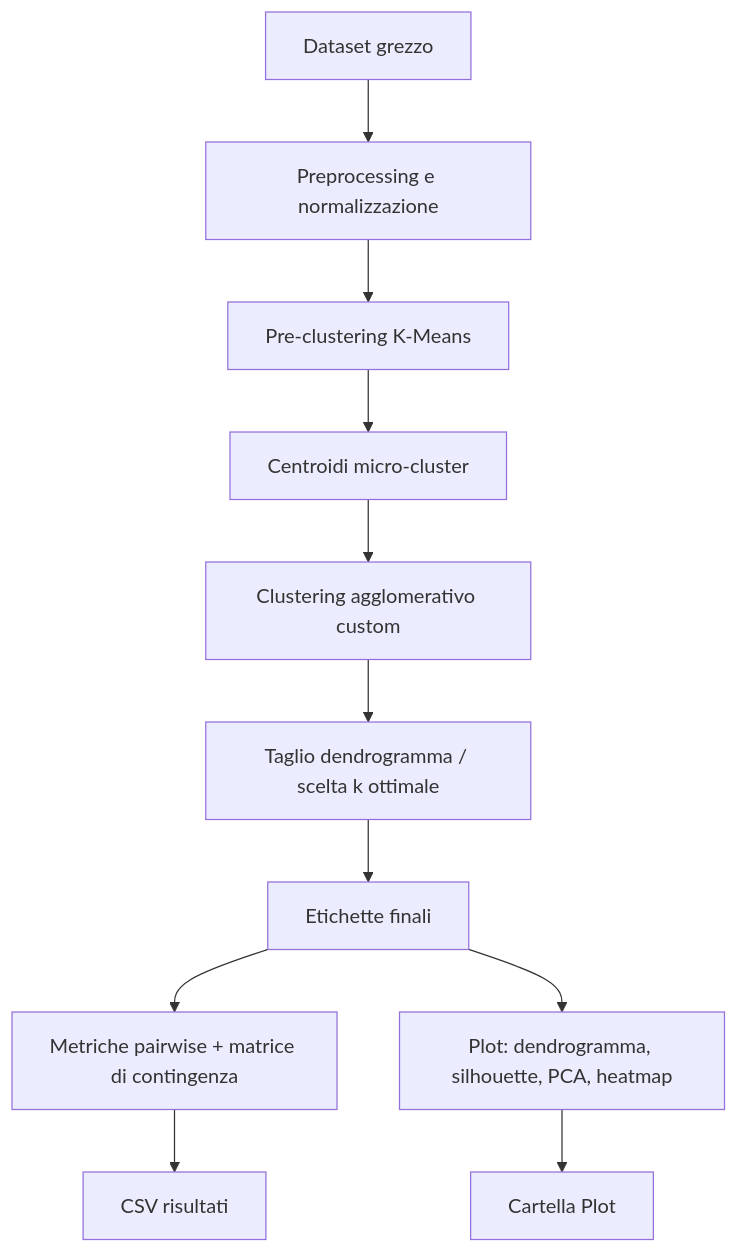
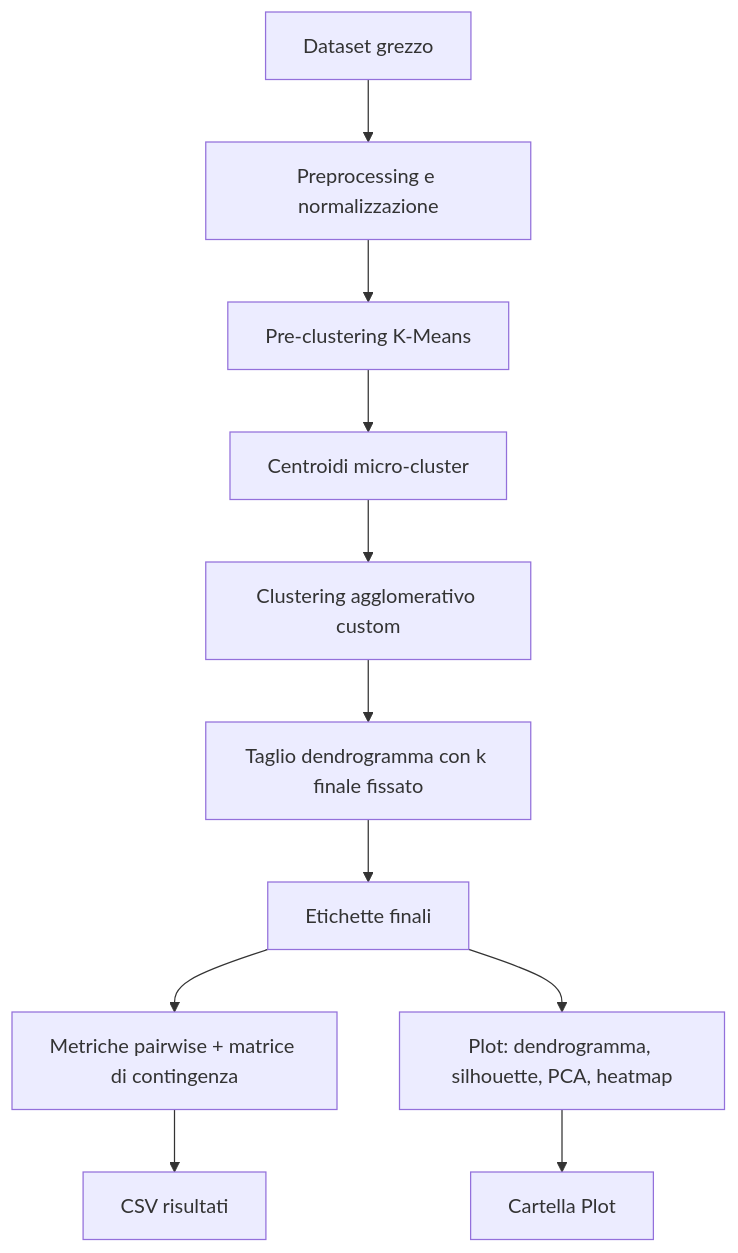
One commit to Simo93-rgb/Hierarchical-Clustering changed the diagram in README.md. Above: the diagram before and after it, drawn with Mermaid. The commit also changed other lines of this file, not shown here.

````diff
--- a/README.md
+++ b/README.md
@@ -78,13 +78,13 @@
 ```mermaid
 flowchart TD
   A[Dataset grezzo] --> B[Preprocessing e normalizzazione]
   B --> C[Pre-clustering K-Means]
   C --> D[Centroidi micro-cluster]
   D --> E[Clustering agglomerativo custom]
-  E --> F[Taglio dendrogramma / scelta k ottimale]
+  E --> F[Taglio dendrogramma con k finale fissato]
   F --> G[Etichette finali]
   G --> H[Metriche pairwise + matrice di contingenza]
   G --> I[Plot: dendrogramma, silhouette, PCA, heatmap]
   H --> L[CSV risultati]
   I --> M[Cartella Plot]
 ```
````
